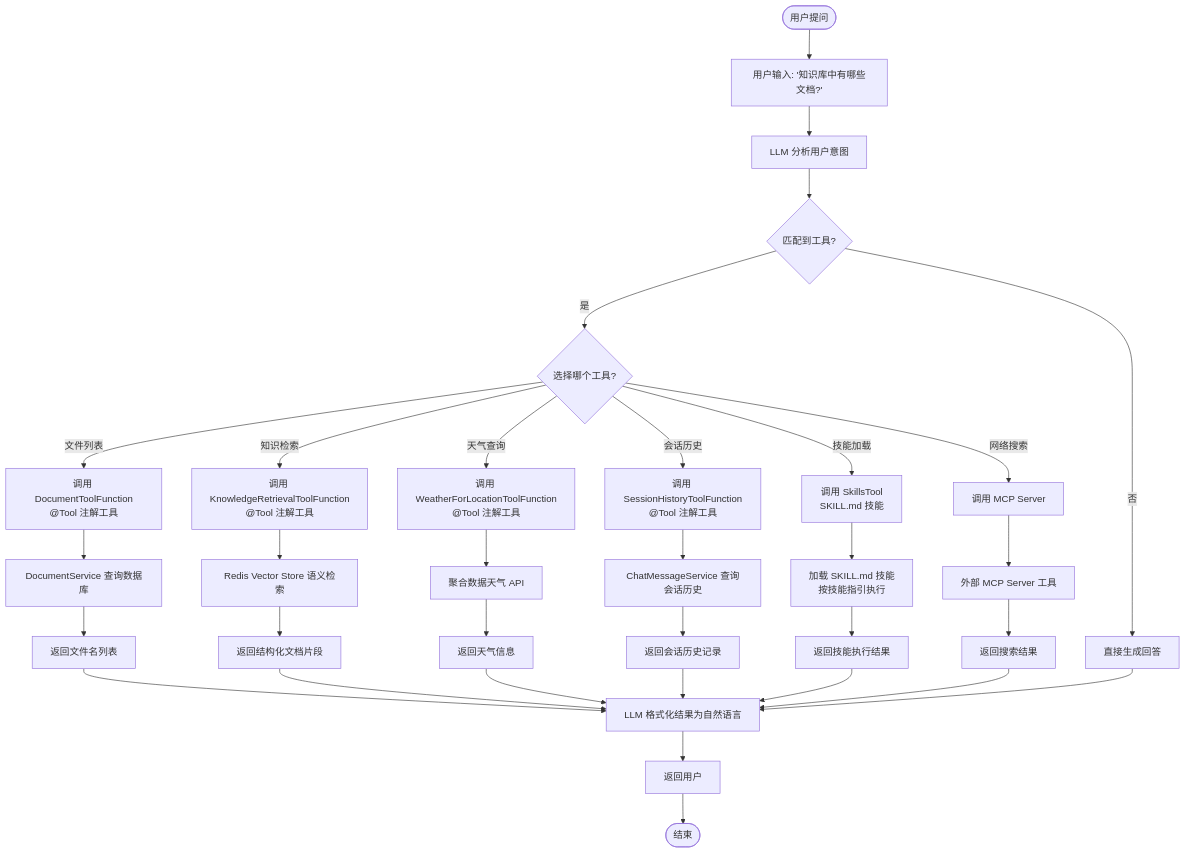
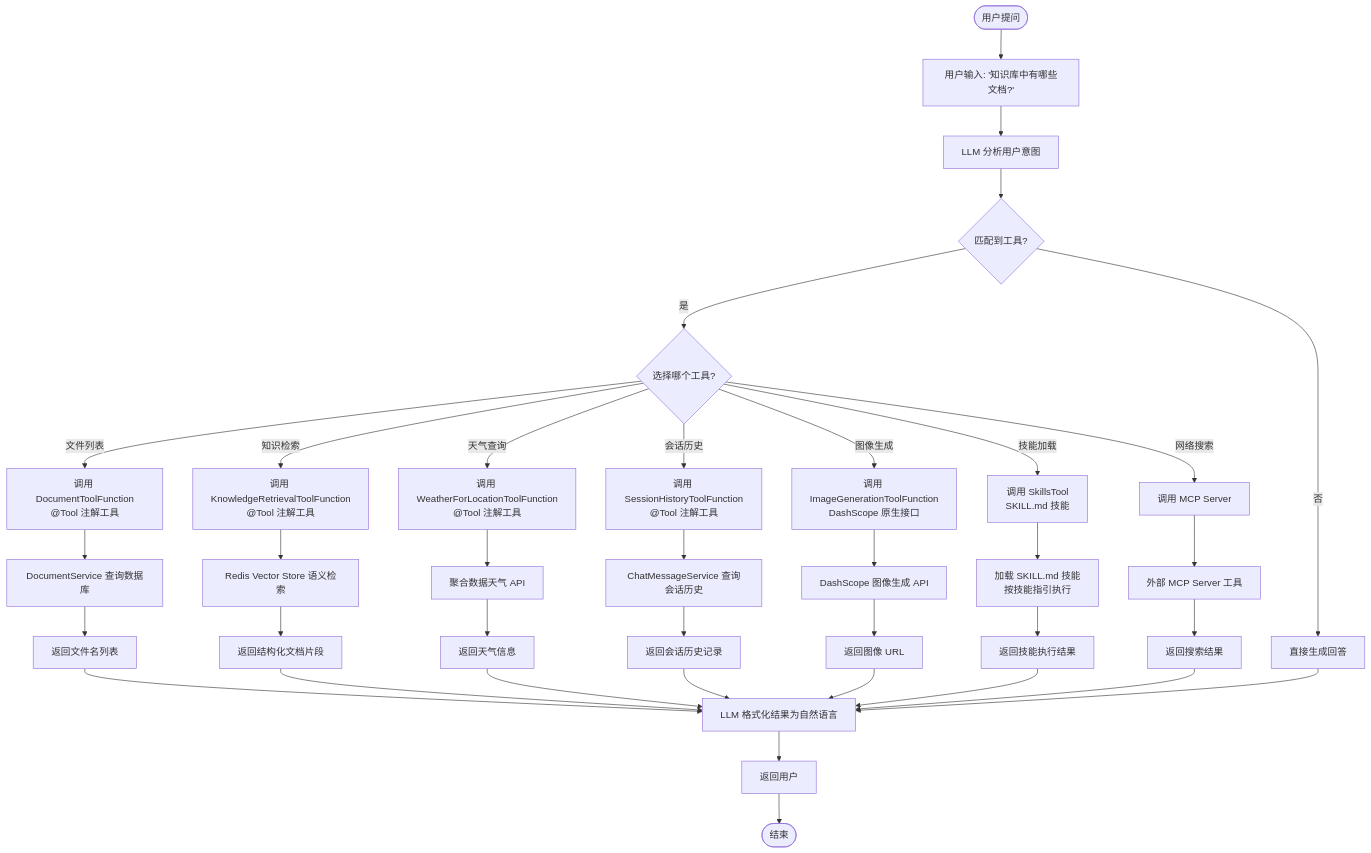
Before and after one commit to Utomcat/spring-ai-rag-agent: the fifth of 6 diagrams in md/architecture.md, drawn with Mermaid. The commit also changed other lines of this file and 7 other files, not shown here.

First line of the commit message:
feat(ai): 添加多模型路由和图像生成工具支持

````diff
--- a/md/architecture.md
+++ b/md/architecture.md
@@ -331,35 +341,39 @@
 ```mermaid
 flowchart TD
     Start([用户提问]) --> Input[用户输入: '知识库中有哪些文档?']
     Input --> LLMAnalyze[LLM 分析用户意图]
     LLMAnalyze --> MatchTool{匹配到工具?}
     MatchTool -->|是| SelectTool{选择哪个工具?}
     MatchTool -->|否| DirectAnswer[直接生成回答]
     SelectTool -->|文件列表| CallDocFunc[调用 DocumentToolFunction<br/>@Tool 注解工具]
     SelectTool -->|知识检索| CallRetrievalFunc[调用 KnowledgeRetrievalToolFunction<br/>@Tool 注解工具]
     SelectTool -->|天气查询| CallWeatherFunc[调用 WeatherForLocationToolFunction<br/>@Tool 注解工具]
     SelectTool -->|会话历史| CallSessionFunc[调用 SessionHistoryToolFunction<br/>@Tool 注解工具]
+    SelectTool -->|图像生成| CallImageFunc[调用 ImageGenerationToolFunction<br/>DashScope 原生接口]
     SelectTool -->|技能加载| CallSkillsTool[调用 SkillsTool<br/>SKILL.md 技能]
     SelectTool -->|网络搜索| CallMcpServer[调用 MCP Server]
     CallDocFunc --> QueryDB[DocumentService 查询数据库]
     QueryDB --> ReturnList[返回文件名列表]
     CallRetrievalFunc --> VectorSearch[Redis Vector Store 语义检索]
     VectorSearch --> ReturnDocs[返回结构化文档片段]
     CallWeatherFunc --> WeatherAPI[聚合数据天气 API]
     WeatherAPI --> ReturnWeather[返回天气信息]
     CallSessionFunc --> QuerySession[ChatMessageService 查询会话历史]
     QuerySession --> ReturnHistory[返回会话历史记录]
+    CallImageFunc --> DashScopeAPI[DashScope 图像生成 API]
+    DashScopeAPI --> ReturnImageURL[返回图像 URL]
     CallSkillsTool --> LoadSkill[加载 SKILL.md 技能<br/>按技能指引执行]
     LoadSkill --> ReturnSkillResult[返回技能执行结果]
     CallMcpServer --> ExternalSearch[外部 MCP Server 工具]
     ExternalSearch --> ReturnResults[返回搜索结果]
     ReturnList --> LLMFormat[LLM 格式化结果为自然语言]
     ReturnDocs --> LLMFormat
     ReturnWeather --> LLMFormat
     ReturnHistory --> LLMFormat
+    ReturnImageURL --> LLMFormat
     ReturnSkillResult --> LLMFormat
     ReturnResults --> LLMFormat
     DirectAnswer --> LLMFormat
     LLMFormat --> Response[返回用户]
     Response --> End([结束])
 ```
````
